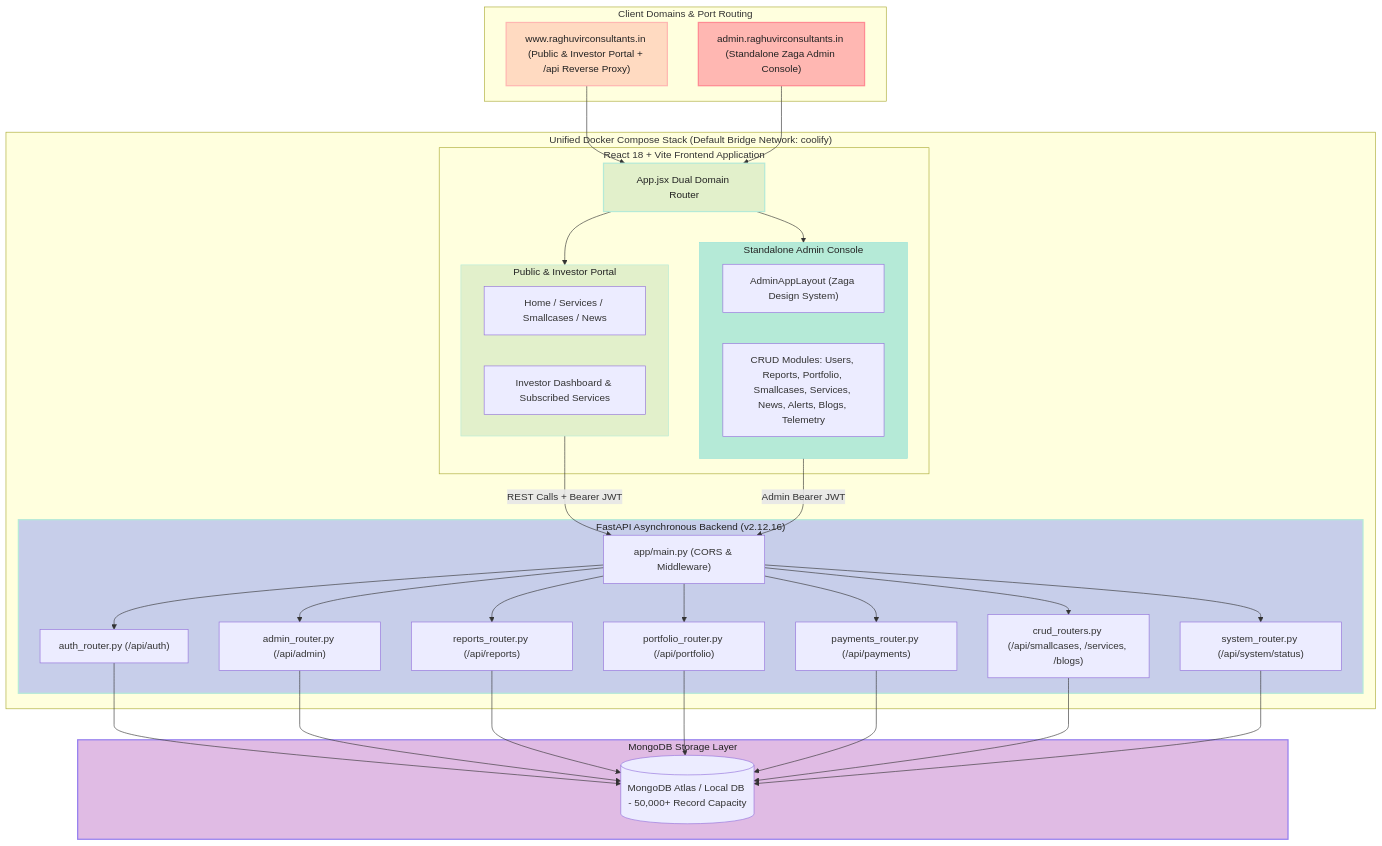
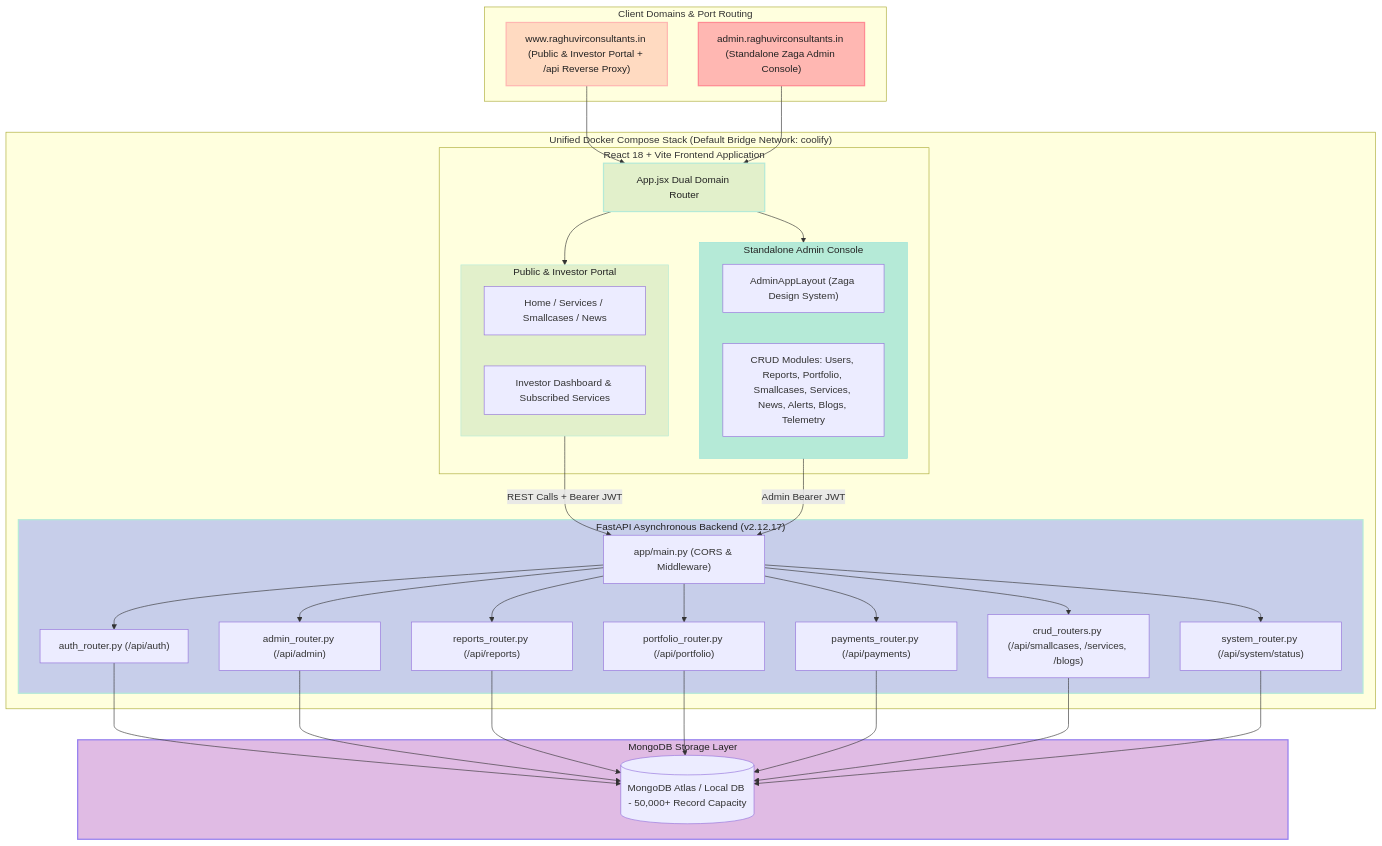
Before and after one commit to tejasrsuthar/raghuvirconsultants-site: the first of 2 diagrams in backend/docs/ARCHITECTURE.md, drawn with Mermaid. The commit also changed other lines of this file and 9 other files, not shown here.

````diff
--- a/backend/docs/ARCHITECTURE.md
+++ b/backend/docs/ARCHITECTURE.md
@@ -14,72 +14,72 @@
 ```mermaid
 graph TD
     subgraph ClientDomains["Client Domains & Port Routing"]
         PublicDomain["www.raghuvirconsultants.in (Public & Investor Portal + /api Reverse Proxy)"]
         AdminDomain["admin.raghuvirconsultants.in (Standalone Zaga Admin Console)"]
     end
 
     subgraph ComposeStack["Unified Docker Compose Stack (Default Bridge Network: coolify)"]
         subgraph ReactFrontend["React 18 + Vite Frontend Application"]
             AppRouter["App.jsx Dual Domain Router"]
             
             subgraph PublicPortal["Public & Investor Portal"]
               PublicViews["Home / Services / Smallcases / News"]
               InvestorPortal["Investor Dashboard & Subscribed Services"]
             end
 
             subgraph ZagaAdmin["Standalone Admin Console"]
               AdminLayout["AdminAppLayout (Zaga Design System)"]
               AdminModules["CRUD Modules: Users, Reports, Portfolio, Smallcases, Services, News, Alerts, Blogs, Telemetry"]
             end
         end
 
-        subgraph FastAPIServer["FastAPI Asynchronous Backend (v2.12.16)"]
+        subgraph FastAPIServer["FastAPI Asynchronous Backend (v2.12.17)"]
             API["app/main.py (CORS & Middleware)"]
             AuthRouter["auth_router.py (/api/auth)"]
             AdminRouter["admin_router.py (/api/admin)"]
             ReportsRouter["reports_router.py (/api/reports)"]
             PortfolioRouter["portfolio_router.py (/api/portfolio)"]
             PaymentsRouter["payments_router.py (/api/payments)"]
             CRUDRouters["crud_routers.py (/api/smallcases, /services, /blogs)"]
             SystemRouter["system_router.py (/api/system/status)"]
         end
     end
 
     subgraph DataStore["MongoDB Storage Layer"]
         MongoDB[(MongoDB Atlas / Local DB - 50,000+ Record Capacity)]
     end
 
     PublicDomain --> AppRouter
     AdminDomain --> AppRouter
 
     AppRouter --> PublicPortal
     AppRouter --> ZagaAdmin
 
     PublicPortal -->|REST Calls + Bearer JWT| API
     ZagaAdmin -->|Admin Bearer JWT| API
 
     API --> AuthRouter
     API --> AdminRouter
     API --> ReportsRouter
     API --> PortfolioRouter
     API --> PaymentsRouter
     API --> CRUDRouters
     API --> SystemRouter
 
     AuthRouter --> MongoDB
     AdminRouter --> MongoDB
     ReportsRouter --> MongoDB
     PortfolioRouter --> MongoDB
     PaymentsRouter --> MongoDB
     CRUDRouters --> MongoDB
     SystemRouter --> MongoDB
 
     %% Pastel Color Palette Styling
     style PublicDomain fill:#FFDAC1,stroke:#FFB7B2,stroke-width:2px,color:#222;
     style AdminDomain fill:#FFB7B2,stroke:#FF8B94,stroke-width:2px,color:#222;
     style AppRouter fill:#E2F0CB,stroke:#B5EAD7,stroke-width:2px,color:#222;
     style PublicPortal fill:#E2F0CB,stroke:#B5EAD7,stroke-width:1px,color:#222;
     style ZagaAdmin fill:#B5EAD7,stroke:#93E1D8,stroke-width:1px,color:#222;
     style FastAPIServer fill:#C7CEEA,stroke:#B5EAD7,stroke-width:2px,color:#222;
     style DataStore fill:#E0BBE4,stroke:#957FEF,stroke-width:2px,color:#222;
 ```
````
